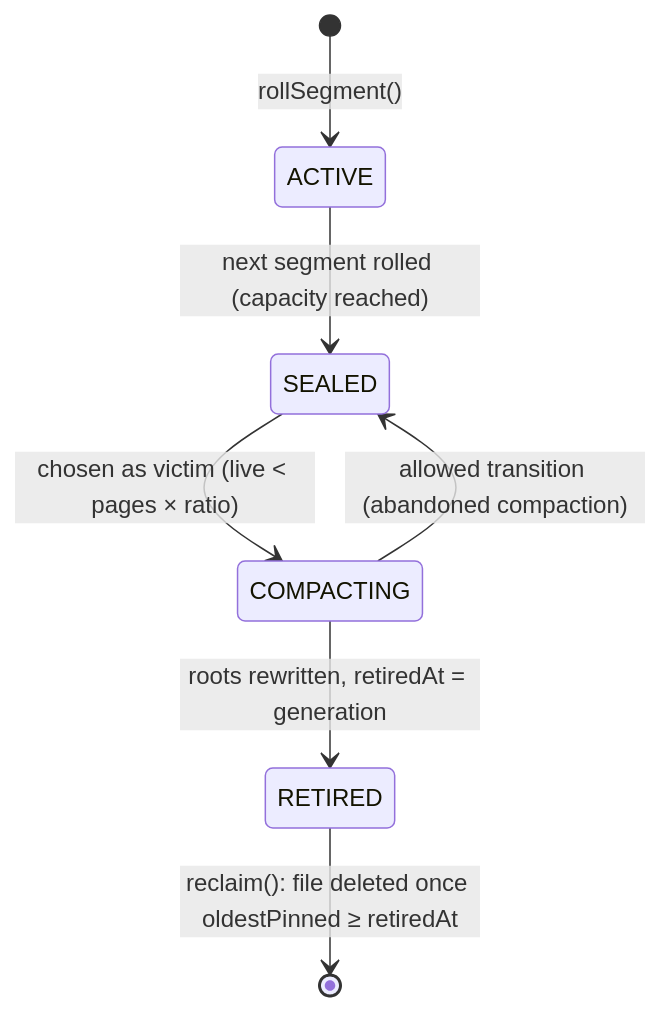
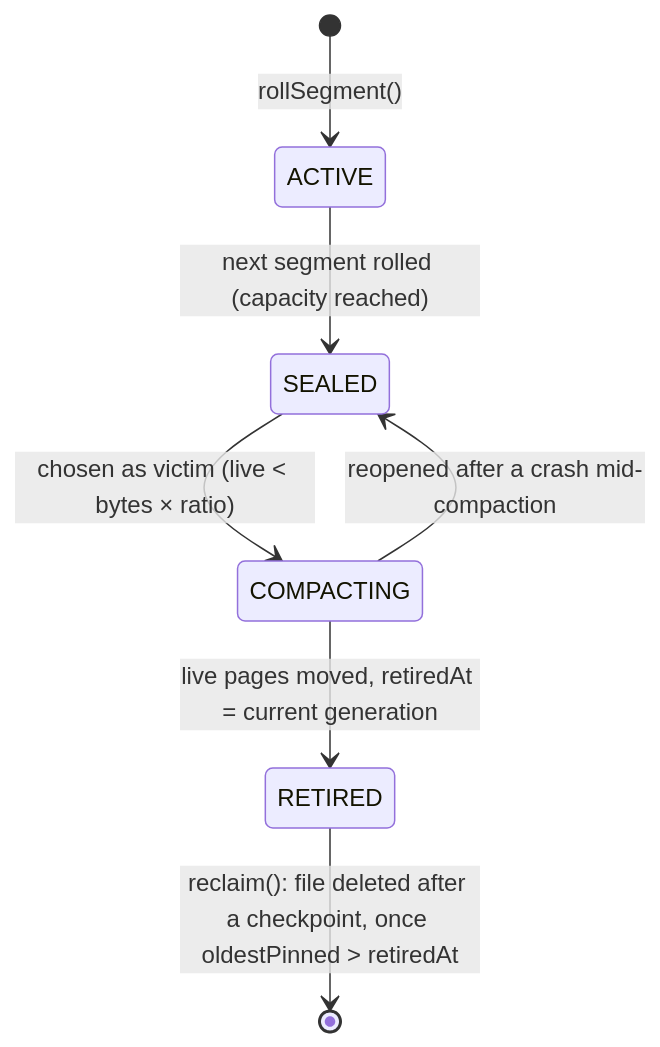
One commit to metacoglabs/hypergraph changed the diagram in docs/storage/maintenance.md. Above: the diagram before and after it, drawn with Mermaid. The commit also changed other lines of this file and 11 other files, not shown here.

First line of the commit message:
docs: describe compaction by moving pages

````diff
--- a/docs/storage/maintenance.md
+++ b/docs/storage/maintenance.md
@@ -60,9 +65,9 @@
 ```mermaid
 stateDiagram-v2
     [*] --> ACTIVE: rollSegment()
     ACTIVE --> SEALED: next segment rolled (capacity reached)
-    SEALED --> COMPACTING: chosen as victim (live < pages × ratio)
-    COMPACTING --> SEALED: allowed transition (abandoned compaction)
-    COMPACTING --> RETIRED: roots rewritten, retiredAt = generation
-    RETIRED --> [*]: reclaim(): file deleted once oldestPinned ≥ retiredAt
+    SEALED --> COMPACTING: chosen as victim (live < bytes × ratio)
+    COMPACTING --> SEALED: reopened after a crash mid-compaction
+    COMPACTING --> RETIRED: live pages moved, retiredAt = current generation
+    RETIRED --> [*]: reclaim(): file deleted after a checkpoint, once oldestPinned > retiredAt
 ```
````
